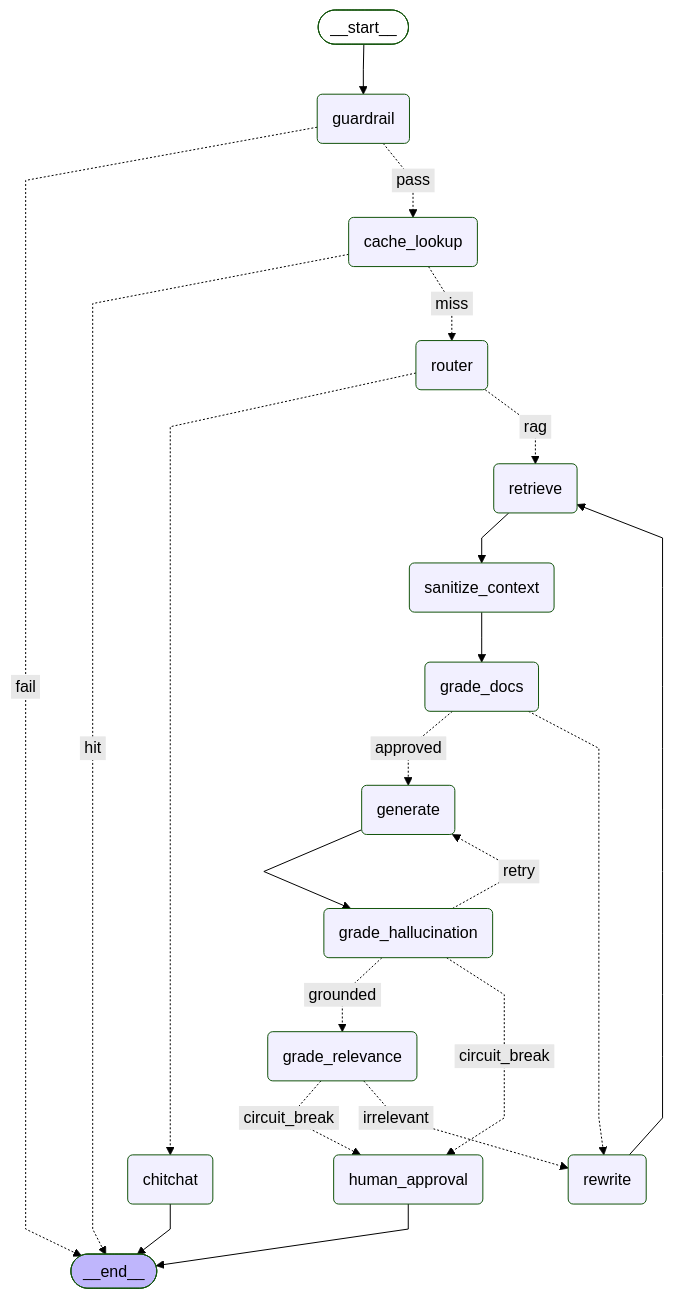
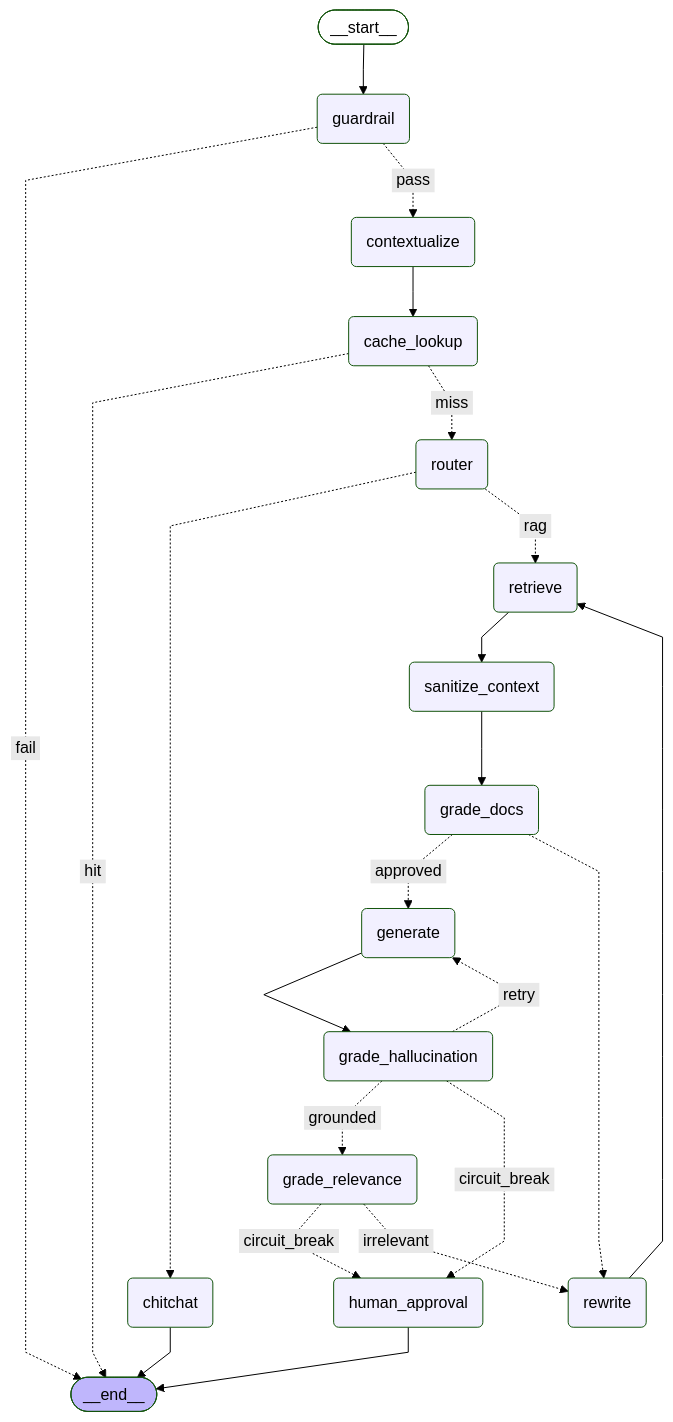
The diagram in docs/architecture.mmd (whybothercoding/local-rag-lab), drawn with Mermaid (forest theme) before and after one commit. The commit also changed 17 other files, not shown here.

```diff
--- a/docs/architecture.mmd
+++ b/docs/architecture.mmd
@@ -1,43 +1,45 @@
 ---
 config:
   flowchart:
     curve: linear
 ---
 graph TD;
 	__start__([<p>__start__</p>]):::first
 	guardrail(guardrail)
+	contextualize(contextualize)
 	cache_lookup(cache_lookup)
 	router(router)
 	chitchat(chitchat)
 	retrieve(retrieve)
 	sanitize_context(sanitize_context)
 	grade_docs(grade_docs)
 	rewrite(rewrite)
 	generate(generate)
 	grade_hallucination(grade_hallucination)
 	grade_relevance(grade_relevance)
 	human_approval(human_approval)
 	__end__([<p>__end__</p>]):::last
 	__start__ --> guardrail;
 	cache_lookup -. &nbsp;hit&nbsp; .-> __end__;
 	cache_lookup -. &nbsp;miss&nbsp; .-> router;
+	contextualize --> cache_lookup;
 	generate --> grade_hallucination;
 	grade_docs -. &nbsp;approved&nbsp; .-> generate;
 	grade_docs -.-> rewrite;
 	grade_hallucination -. &nbsp;retry&nbsp; .-> generate;
 	grade_hallucination -. &nbsp;grounded&nbsp; .-> grade_relevance;
 	grade_hallucination -. &nbsp;circuit_break&nbsp; .-> human_approval;
 	grade_relevance -. &nbsp;circuit_break&nbsp; .-> human_approval;
 	grade_relevance -. &nbsp;irrelevant&nbsp; .-> rewrite;
 	guardrail -. &nbsp;fail&nbsp; .-> __end__;
-	guardrail -. &nbsp;pass&nbsp; .-> cache_lookup;
+	guardrail -. &nbsp;pass&nbsp; .-> contextualize;
 	retrieve --> sanitize_context;
 	rewrite --> retrieve;
 	router -.-> chitchat;
 	router -. &nbsp;rag&nbsp; .-> retrieve;
 	sanitize_context --> grade_docs;
 	chitchat --> __end__;
 	human_approval --> __end__;
 	classDef default fill:#f2f0ff,line-height:1.2
 	classDef first fill-opacity:0
 	classDef last fill:#bfb6fc
```
